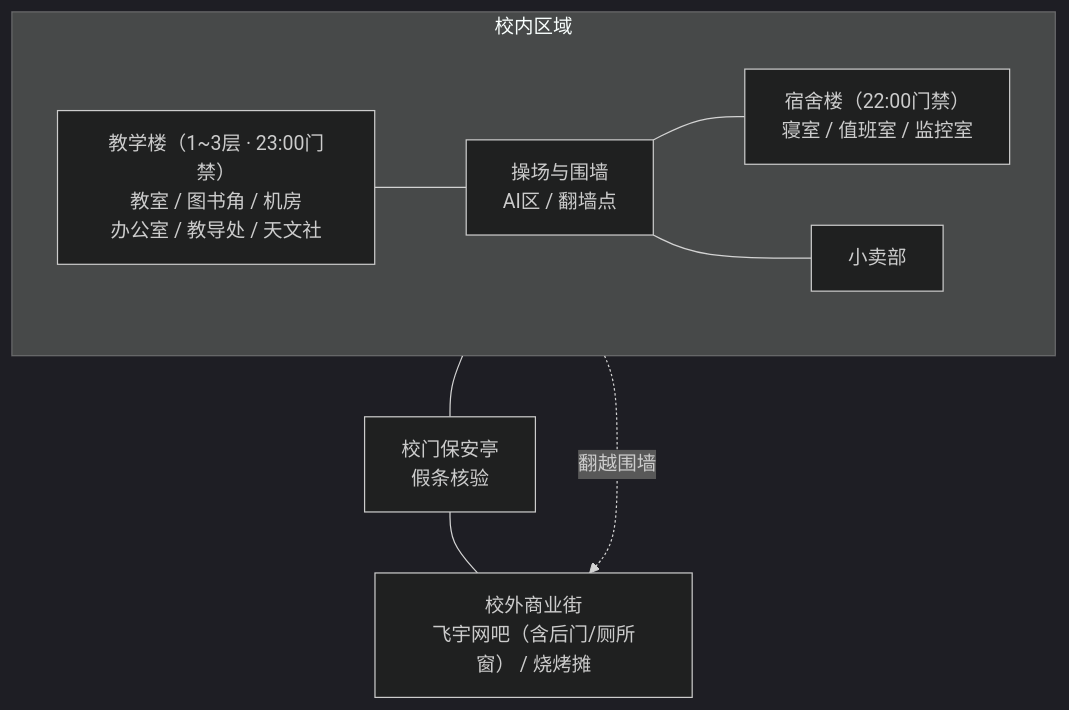
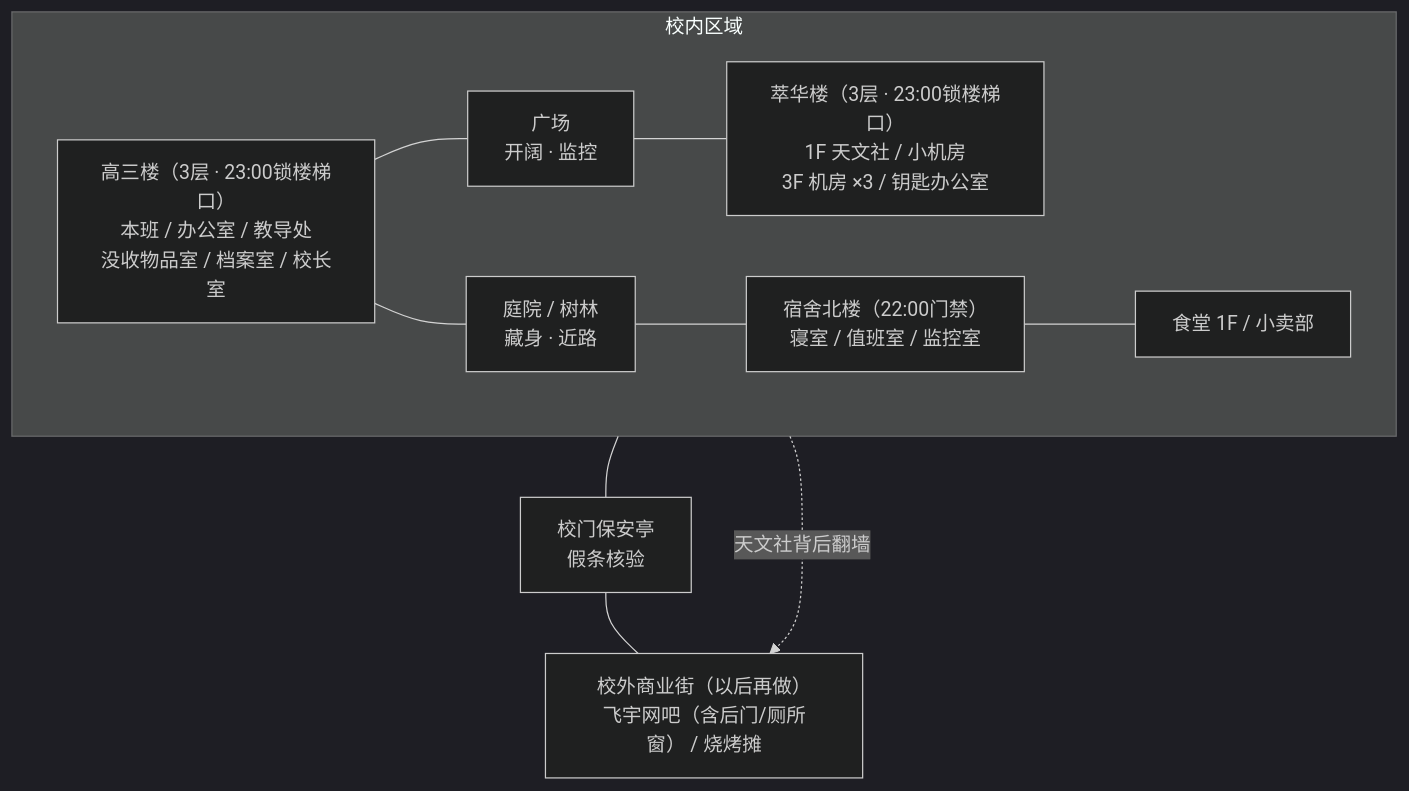
One commit to AwayC/wangzi changed the diagram in docs/systems/04_地图场景与违规交互.md. Above: the diagram before and after it, drawn with Mermaid (dark theme). The commit also changed other lines of this file and 295 other files, not shown here.

First line of the commit message:
校园地图：按 MC 布局重建校园，补室内家具、小卖部和校门

````diff
--- a/docs/systems/04_地图场景与违规交互.md
+++ b/docs/systems/04_地图场景与违规交互.md
@@ -13,18 +19,21 @@
 ```mermaid
 flowchart TB
     subgraph SCHOOL["校内区域"]
         direction LR
-        TB["教学楼（1~3层 · 23:00门禁）<br/>教室 / 图书角 / 机房<br/>办公室 / 教导处 / 天文社"]
-        PG["操场与围墙<br/>AI区 / 翻墙点"]
-        DM["宿舍楼（22:00门禁）<br/>寝室 / 值班室 / 监控室"]
-        SHOP["小卖部"]
-        TB --- PG --- DM
-        PG --- SHOP
+        G3["高三楼（3层 · 23:00锁楼梯口）<br/>本班 / 办公室 / 教导处<br/>没收物品室 / 档案室 / 校长室"]
+        PZ["广场<br/>开阔 · 监控"]
+        CH["萃华楼（3层 · 23:00锁楼梯口）<br/>1F 天文社 / 小机房<br/>3F 机房 ×3 / 钥匙办公室"]
+        YD["庭院 / 树林<br/>藏身 · 近路"]
+        DM["宿舍北楼（22:00门禁）<br/>寝室 / 值班室 / 监控室"]
+        SHOP["食堂 1F / 小卖部"]
+        G3 --- PZ --- CH
+        G3 --- YD --- DM
+        DM --- SHOP
     end
 
     GATE["校门保安亭<br/>假条核验"]
-    OUT["校外商业街<br/>飞宇网吧（含后门/厕所窗） / 烧烤摊"]
+    OUT["校外商业街（以后再做）<br/>飞宇网吧（含后门/厕所窗） / 烧烤摊"]
 
-    PG --- GATE --- OUT
-    PG -. "翻越围墙" .-> OUT
+    PZ --- GATE --- OUT
+    CH -. "天文社背后翻墙" .-> OUT
 ```
````
